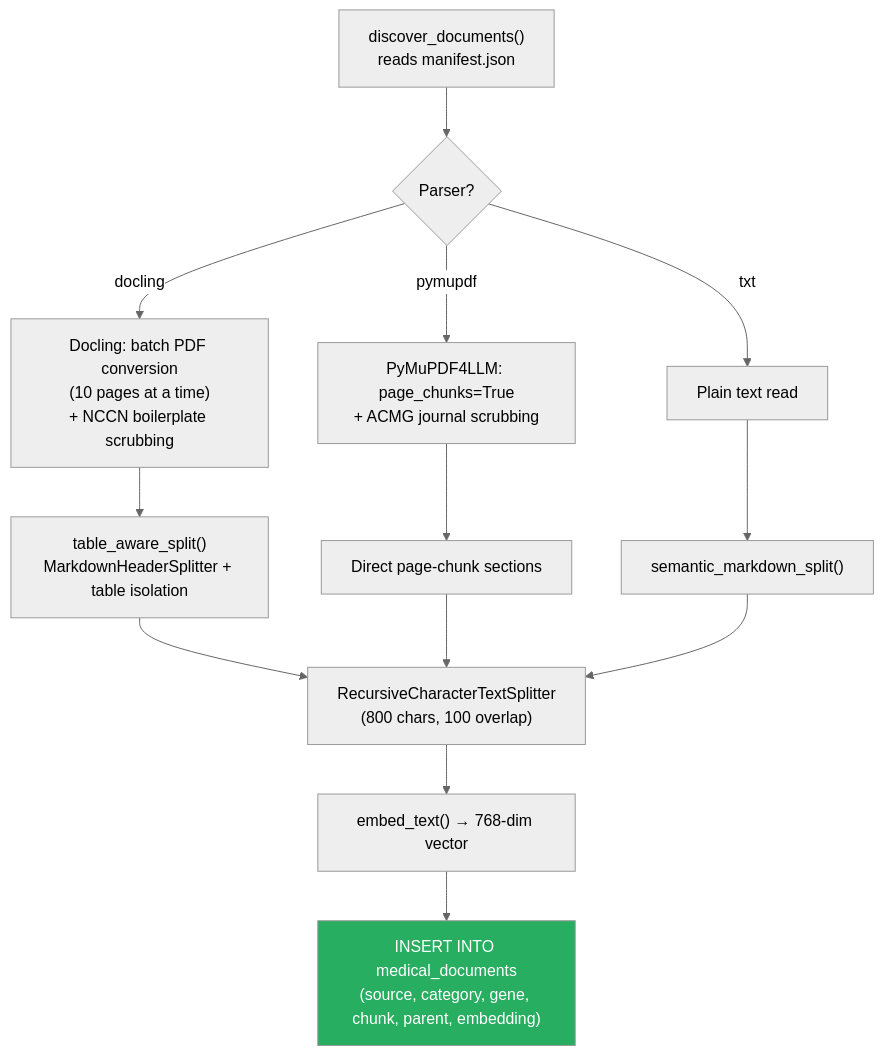
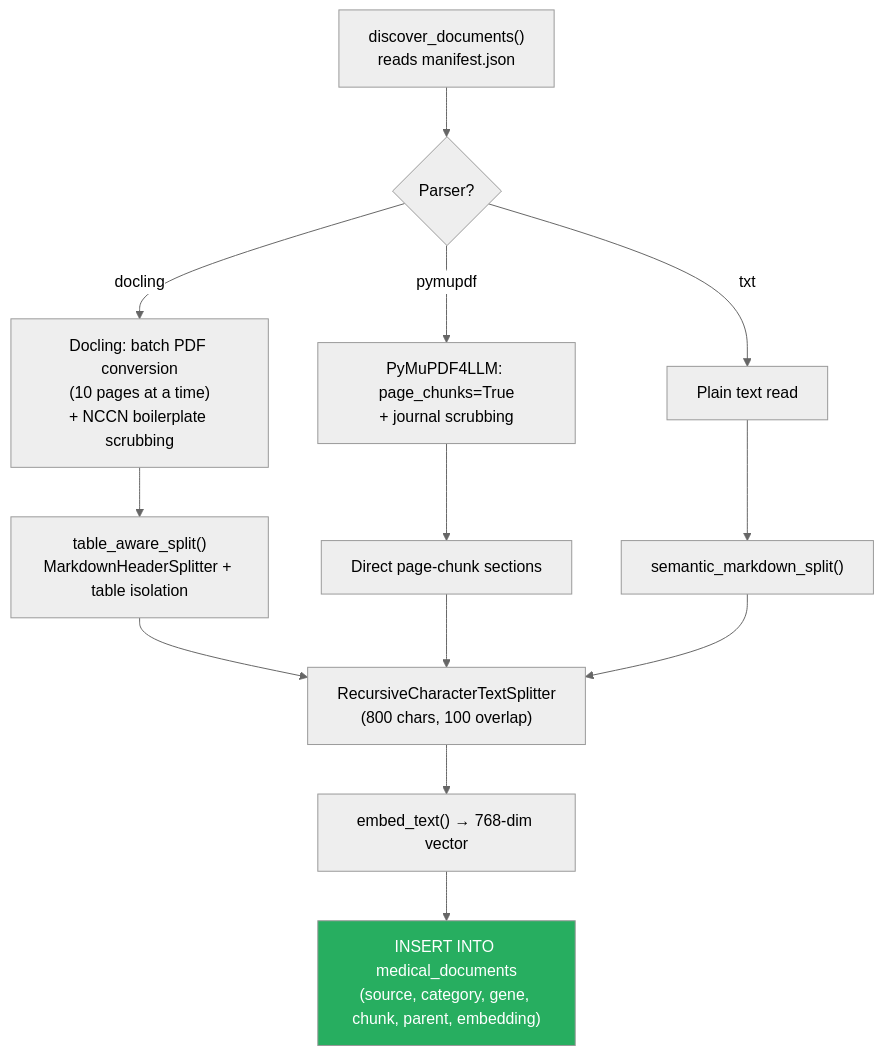
One commit to RenX86/Privacy-Preserving-CDSS changed diagram 11 of 13 in project_analysis.md. Above: the diagram before and after it, drawn with Mermaid (neutral theme). The commit also changed other lines of this file and 14 other files, not shown here.

````diff
--- a/project_analysis.md
+++ b/project_analysis.md
@@ -400,21 +394,21 @@
 ```mermaid
 flowchart TD
     DISC["discover_documents()<br/>reads manifest.json"] --> ROUTE{"Parser?"}
 
     ROUTE -->|docling| DOC["Docling: batch PDF conversion<br/>(10 pages at a time)<br/>+ NCCN boilerplate scrubbing"]
-    ROUTE -->|pymupdf| MU["PyMuPDF4LLM: page_chunks=True<br/>+ ACMG journal scrubbing"]
+    ROUTE -->|pymupdf| MU["PyMuPDF4LLM: page_chunks=True<br/>+ journal scrubbing"]
     ROUTE -->|txt| TXT["Plain text read"]
 
     DOC --> SPLIT1["table_aware_split()<br/>MarkdownHeaderSplitter + table isolation"]
     MU --> SPLIT2["Direct page-chunk sections"]
     TXT --> SPLIT3["semantic_markdown_split()"]
 
     SPLIT1 --> CHILD["RecursiveCharacterTextSplitter<br/>(800 chars, 100 overlap)"]
     SPLIT2 --> CHILD
     SPLIT3 --> CHILD
 
     CHILD --> EMBED["embed_text() → 768-dim vector"]
     EMBED --> INSERT["INSERT INTO medical_documents<br/>(source, category, gene, chunk, parent, embedding)"]
 
     style INSERT fill:#27ae60,color:#fff
 ```
````
